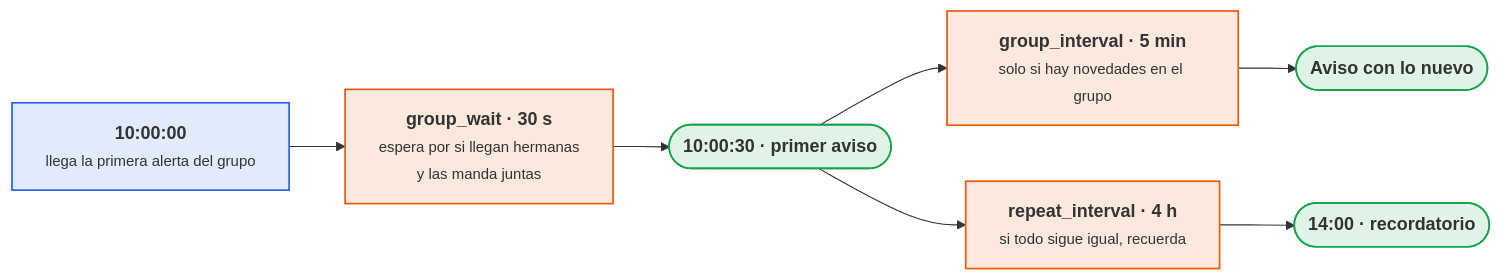
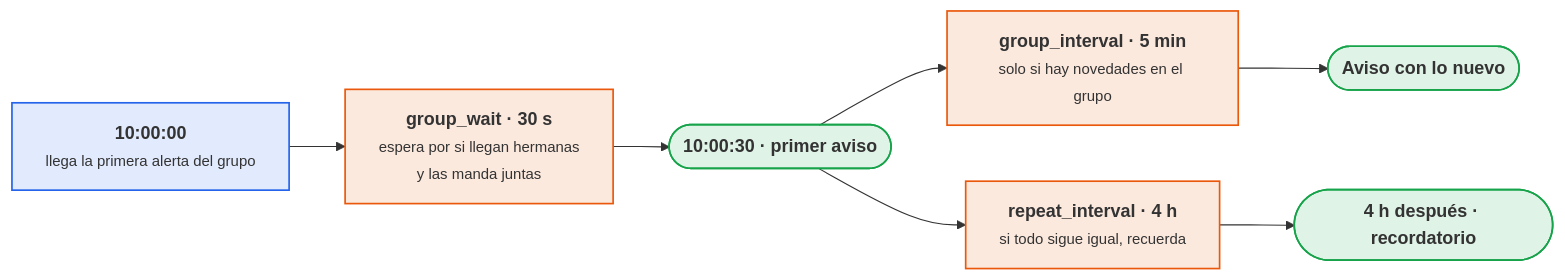
One commit to victor-educ/apuntes-5169 changed the sixth of 7 diagrams in docs/ut/ut2-alarmas.md. Above: the diagram before and after it, drawn with Mermaid. The commit also changed other lines of this file and 8 other files, not shown here.

````diff
--- a/docs/ut/ut2-alarmas.md
+++ b/docs/ut/ut2-alarmas.md
@@ -660,18 +793,18 @@
 ```mermaid
 flowchart LR
     T0["<b>10:00:00</b><br><small>llega la primera alerta del grupo</small>"]:::dato
     GW["<b>group_wait · 30 s</b><br><small>espera por si llegan hermanas<br>y las manda juntas</small>"]:::act
     N1(["<b>10:00:30 · primer aviso</b>"]):::ok
     GI["<b>group_interval · 5 min</b><br><small>solo si hay novedades en el grupo</small>"]:::act
     N2(["<b>Aviso con lo nuevo</b>"]):::ok
     RI["<b>repeat_interval · 4 h</b><br><small>si todo sigue igual, recuerda</small>"]:::act
-    N3(["<b>14:00 · recordatorio</b>"]):::ok
+    N3(["<b>4 h después · recordatorio</b>"]):::ok
     T0 --> GW --> N1 --> GI --> N2
     N1 --> RI --> N3
     classDef act fill:#ea580c22,stroke:#ea580c,stroke-width:1.5px
     classDef pieza fill:#64748b22,stroke:#64748b,stroke-width:1.5px
     classDef dato fill:#2563eb22,stroke:#2563eb,stroke-width:1.5px
     classDef infra fill:#a1a1aa14,stroke:#a1a1aa,stroke-width:1.5px
     classDef ok fill:#16a34a22,stroke:#16a34a,stroke-width:1.5px
     classDef riesgo fill:#dc262622,stroke:#dc2626,stroke-width:1.5px
 ```
````
